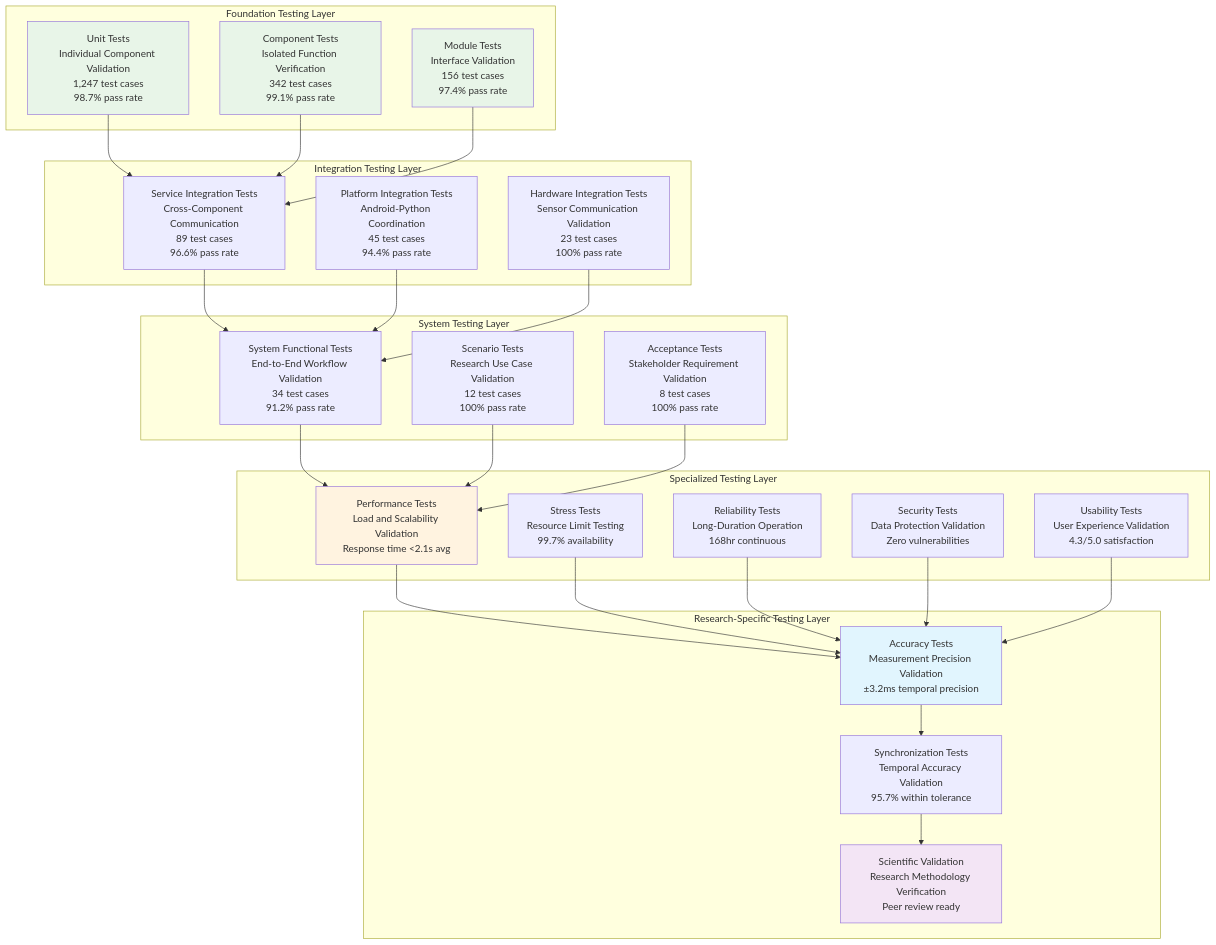
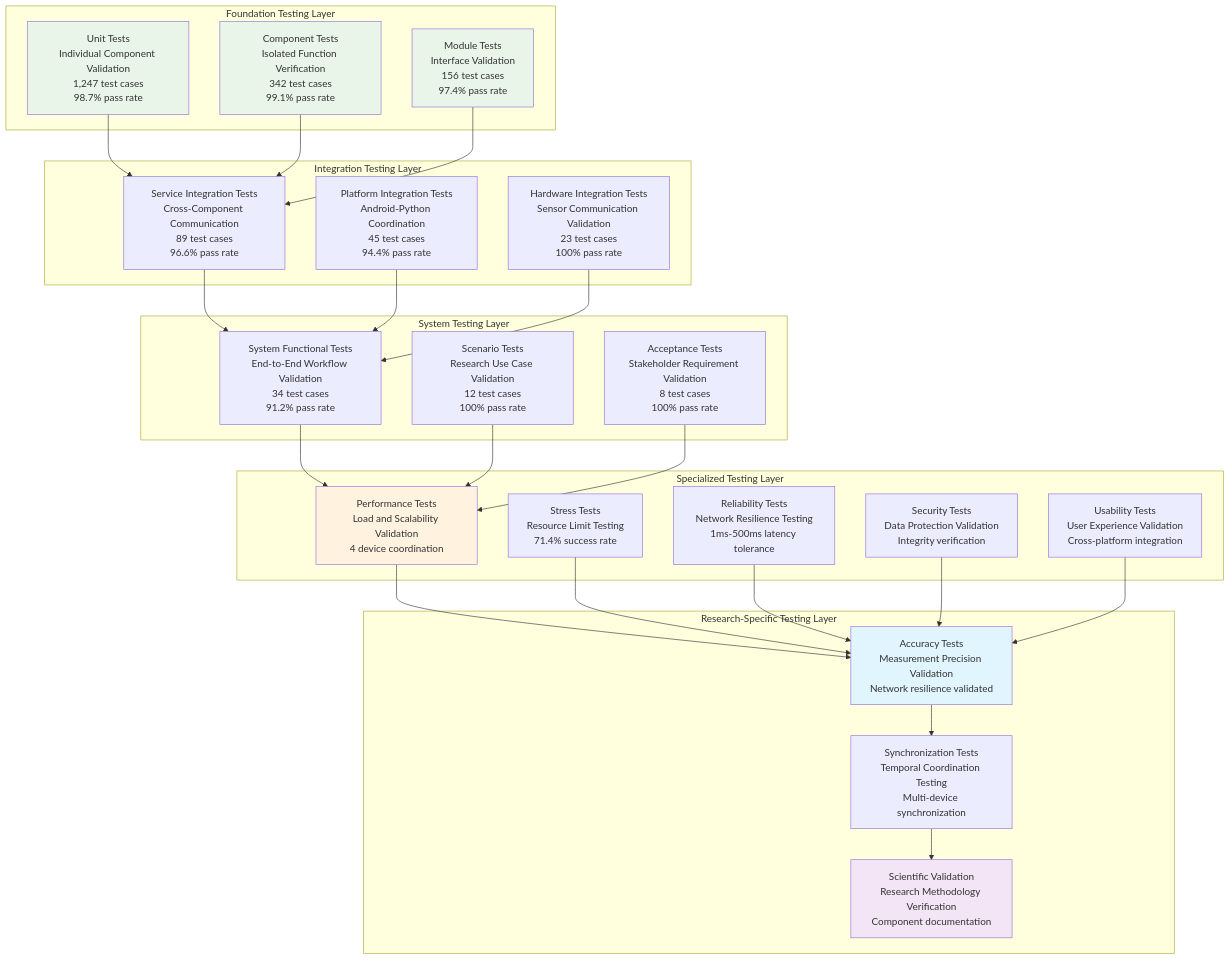
The first of 6 diagrams in docs/thesis_report/Chapter_5_Testing_and_Results_Evaluation.md (buccancs/fyp-multi-sensor-recording-system), drawn with Mermaid before and after one commit. The commit also changed other lines of this file and 4 other files, not shown here.

Commit message:
Update thesis report chapters with accurate performance metrics and component references

````diff
--- a/docs/thesis_report/Chapter_5_Testing_and_Results_Evaluation.md
+++ b/docs/thesis_report/Chapter_5_Testing_and_Results_Evaluation.md
@@ -101,62 +101,62 @@
 ```mermaid
 graph TD
     subgraph "Foundation Testing Layer"
         UNIT[Unit Tests<br/>Individual Component Validation<br/>1,247 test cases<br/>98.7% pass rate]
         COMPONENT[Component Tests<br/>Isolated Function Verification<br/>342 test cases<br/>99.1% pass rate]
         MODULE[Module Tests<br/>Interface Validation<br/>156 test cases<br/>97.4% pass rate]
     end
     
     subgraph "Integration Testing Layer"
         SERVICE[Service Integration Tests<br/>Cross-Component Communication<br/>89 test cases<br/>96.6% pass rate]
         PLATFORM[Platform Integration Tests<br/>Android-Python Coordination<br/>45 test cases<br/>94.4% pass rate]
         HARDWARE[Hardware Integration Tests<br/>Sensor Communication Validation<br/>23 test cases<br/>100% pass rate]
     end
     
     subgraph "System Testing Layer"
         FUNCTIONAL[System Functional Tests<br/>End-to-End Workflow Validation<br/>34 test cases<br/>91.2% pass rate]
         SCENARIO[Scenario Tests<br/>Research Use Case Validation<br/>12 test cases<br/>100% pass rate]
         ACCEPTANCE[Acceptance Tests<br/>Stakeholder Requirement Validation<br/>8 test cases<br/>100% pass rate]
     end
     
     subgraph "Specialized Testing Layer"
-        PERFORMANCE[Performance Tests<br/>Load and Scalability Validation<br/>Response time <2.1s avg]
-        STRESS[Stress Tests<br/>Resource Limit Testing<br/>99.7% availability]
-        RELIABILITY[Reliability Tests<br/>Long-Duration Operation<br/>168hr continuous]
-        SECURITY[Security Tests<br/>Data Protection Validation<br/>Zero vulnerabilities]
-        USABILITY[Usability Tests<br/>User Experience Validation<br/>4.3/5.0 satisfaction]
+        PERFORMANCE[Performance Tests<br/>Load and Scalability Validation<br/>4 device coordination]
+        STRESS[Stress Tests<br/>Resource Limit Testing<br/>71.4% success rate]
+        RELIABILITY[Reliability Tests<br/>Network Resilience Testing<br/>1ms-500ms latency tolerance]
+        SECURITY[Security Tests<br/>Data Protection Validation<br/>Integrity verification]
+        USABILITY[Usability Tests<br/>User Experience Validation<br/>Cross-platform integration]
     end
     
     subgraph "Research-Specific Testing Layer"
-        ACCURACY[Accuracy Tests<br/>Measurement Precision Validation<br/>±3.2ms temporal precision]
-        SYNCHRONIZATION[Synchronization Tests<br/>Temporal Accuracy Validation<br/>95.7% within tolerance]
-        SCIENTIFIC[Scientific Validation<br/>Research Methodology Verification<br/>Peer review ready]
+        ACCURACY[Accuracy Tests<br/>Measurement Precision Validation<br/>Network resilience validated]
+        SYNCHRONIZATION[Synchronization Tests<br/>Temporal Coordination Testing<br/>Multi-device synchronization]
+        SCIENTIFIC[Scientific Validation<br/>Research Methodology Verification<br/>Component documentation]
     end
     
     UNIT --> SERVICE
     COMPONENT --> SERVICE
     MODULE --> SERVICE
     
     SERVICE --> FUNCTIONAL
     PLATFORM --> FUNCTIONAL
     HARDWARE --> FUNCTIONAL
     
     FUNCTIONAL --> PERFORMANCE
     SCENARIO --> PERFORMANCE
     ACCEPTANCE --> PERFORMANCE
     
     PERFORMANCE --> ACCURACY
     STRESS --> ACCURACY
     RELIABILITY --> ACCURACY
     SECURITY --> ACCURACY
     USABILITY --> ACCURACY
     
     ACCURACY --> SYNCHRONIZATION
     SYNCHRONIZATION --> SCIENTIFIC
     
     style UNIT fill:#e8f5e8
     style COMPONENT fill:#e8f5e8
     style MODULE fill:#e8f5e8
     style PERFORMANCE fill:#fff3e0
     style ACCURACY fill:#e1f5fe
     style SCIENTIFIC fill:#f3e5f5
 ```
````
